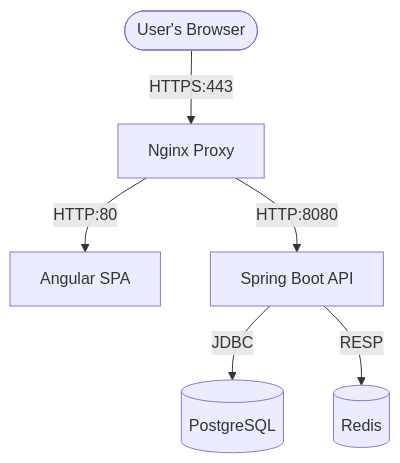
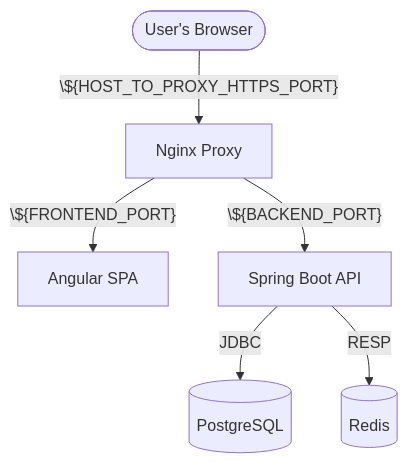
Before and after one commit to tjlsimoes/ft_transcendence: the diagram in documentation/setup-guide/architecture.md, drawn with Mermaid. The commit also changed other lines of this file and 12 other files, not shown here.

````diff
--- a/documentation/setup-guide/architecture.md
+++ b/documentation/setup-guide/architecture.md
@@ -13,8 +13,8 @@
 ```mermaid
 graph TD
-    User([User's Browser]) -- HTTPS:443 --> Proxy[Nginx Proxy]
-    Proxy -- HTTP:80 --> Frontend[Angular SPA]
-    Proxy -- HTTP:8080 --> Backend[Spring Boot API]
+    User([User's Browser]) -- \${HOST_TO_PROXY_HTTPS_PORT} --> Proxy[Nginx Proxy]
+    Proxy -- \${FRONTEND_PORT} --> Frontend[Angular SPA]
+    Proxy -- \${BACKEND_PORT} --> Backend[Spring Boot API]
     Backend -- JDBC --> DB[(PostgreSQL)]
     Backend -- RESP --> Cache[(Redis)]
 ```
````
